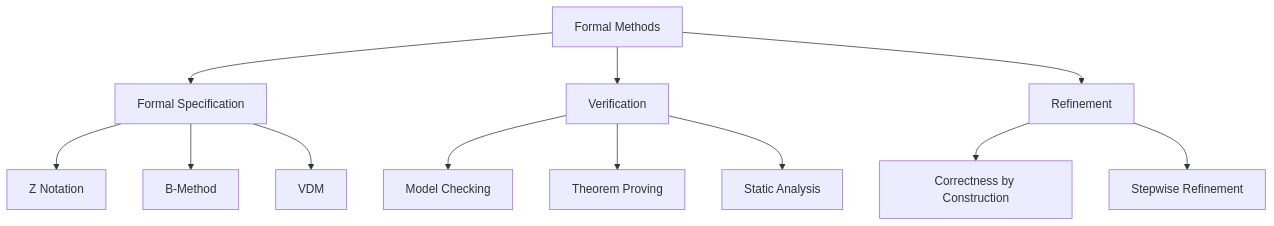
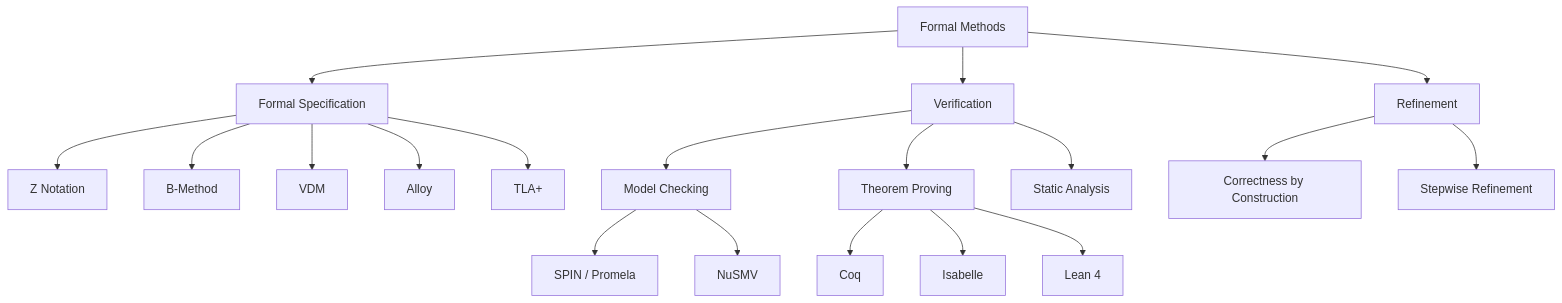
The first of 5 diagrams in docs/courses/software-engineering/14-formal-methods.md (Raushan666java/ai-engineering-journey), drawn with Mermaid before and after one commit. The commit also changed other lines of this file and 15 other files, not shown here.

Commit message:
deploy: software-engineering overhaul - 16 chapters expanded to avg 1284L (+7649L), richer Mermaid, more TS, deeper content

````diff
--- a/docs/courses/software-engineering/14-formal-methods.md
+++ b/docs/courses/software-engineering/14-formal-methods.md
@@ -21,17 +23,26 @@
 ```mermaid
 graph TD
     FM[Formal Methods] --> SPEC[Formal Specification]
     FM --> VERIF[Verification]
     FM --> REFINE[Refinement]
     
     SPEC --> Z[Z Notation]
     SPEC --> B[B-Method]
     SPEC --> VDM[VDM]
+    SPEC --> ALLOY[Alloy]
+    SPEC --> TLA[TLA+]
     
     VERIF --> MC[Model Checking]
     VERIF --> TP[Theorem Proving]
     VERIF --> SC[Static Analysis]
     
+    MC --> SPIN[SPIN / Promela]
+    MC --> NUSMV[NuSMV]
+    
+    TP --> COQ[Coq]
+    TP --> ISABELLE[Isabelle]
+    TP --> LEAN[Lean 4]
+    
     REFINE --> CF[Correctness by Construction]
     REFINE --> SD[Stepwise Refinement]
 ```
````
